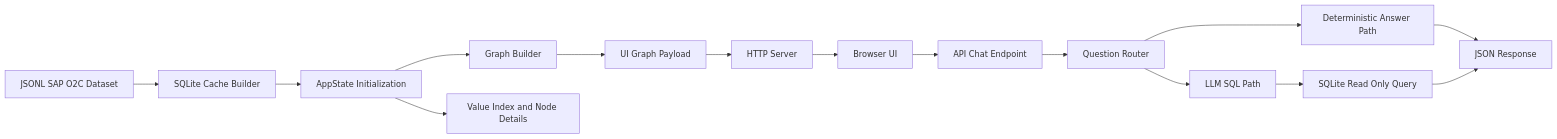
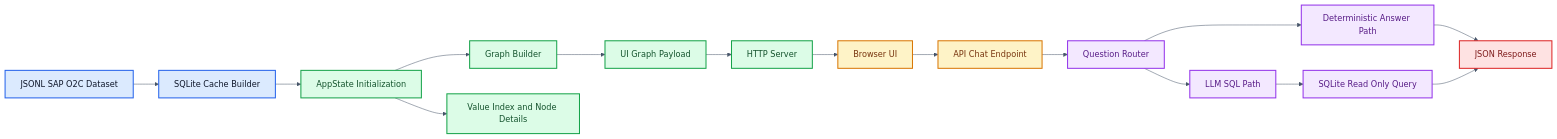
Before and after one commit to vandanamv/DodgeChat: the first of 4 diagrams in README.md, drawn with Mermaid. The commit also changed other lines of this file, not shown here.

````diff
--- a/README.md
+++ b/README.md
@@ -12,17 +12,28 @@
 ```mermaid
+%%{init: {'theme': 'base', 'themeVariables': { 'primaryColor': '#e8f1ff', 'primaryTextColor': '#0f172a', 'primaryBorderColor': '#2563eb', 'lineColor': '#475569', 'secondaryColor': '#ecfeff', 'tertiaryColor': '#fef3c7' }}}%%
 flowchart LR
     A[JSONL SAP O2C Dataset] --> B[SQLite Cache Builder]
     B --> C[AppState Initialization]
     C --> D[Graph Builder]
     C --> E[Value Index and Node Details]
     D --> F[UI Graph Payload]
     F --> G[HTTP Server]
     G --> H[Browser UI]
     H --> I[API Chat Endpoint]
     I --> J[Question Router]
     J --> K[Deterministic Answer Path]
     J --> L[LLM SQL Path]
     L --> M[SQLite Read Only Query]
     K --> N[JSON Response]
     M --> N[JSON Response]
+    classDef data fill:#dbeafe,stroke:#2563eb,color:#0f172a,stroke-width:2px;
+    classDef app fill:#dcfce7,stroke:#16a34a,color:#14532d,stroke-width:2px;
+    classDef ui fill:#fef3c7,stroke:#d97706,color:#78350f,stroke-width:2px;
+    classDef logic fill:#f3e8ff,stroke:#9333ea,color:#581c87,stroke-width:2px;
+    classDef output fill:#fee2e2,stroke:#dc2626,color:#7f1d1d,stroke-width:2px;
+    class A,B data;
+    class C,D,E,F,G app;
+    class H,I ui;
+    class J,K,L,M logic;
+    class N output;
 ```
````
